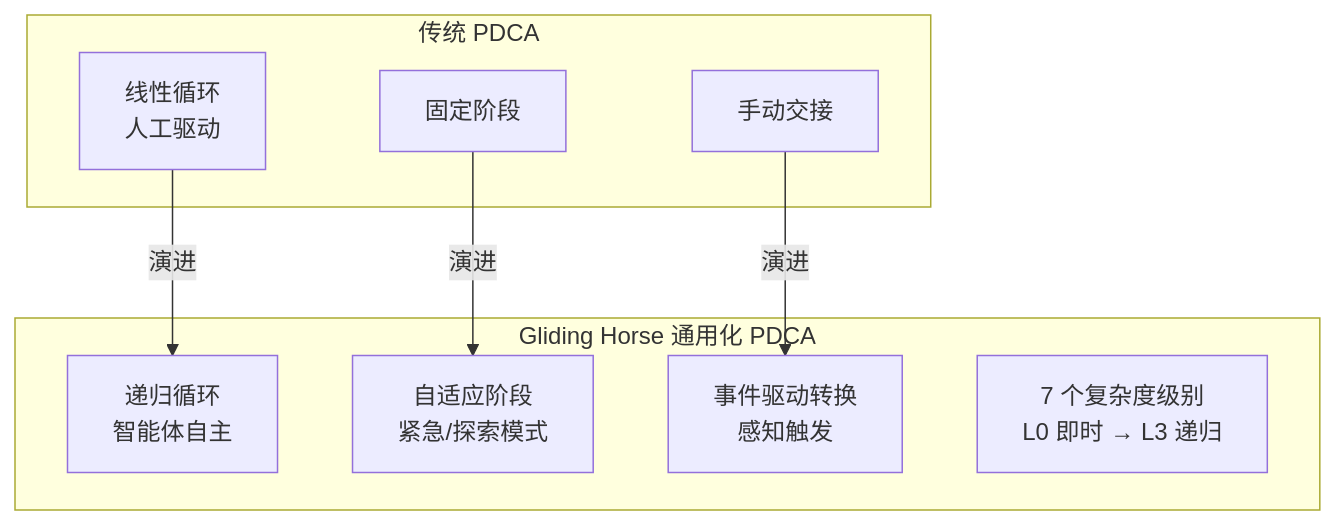
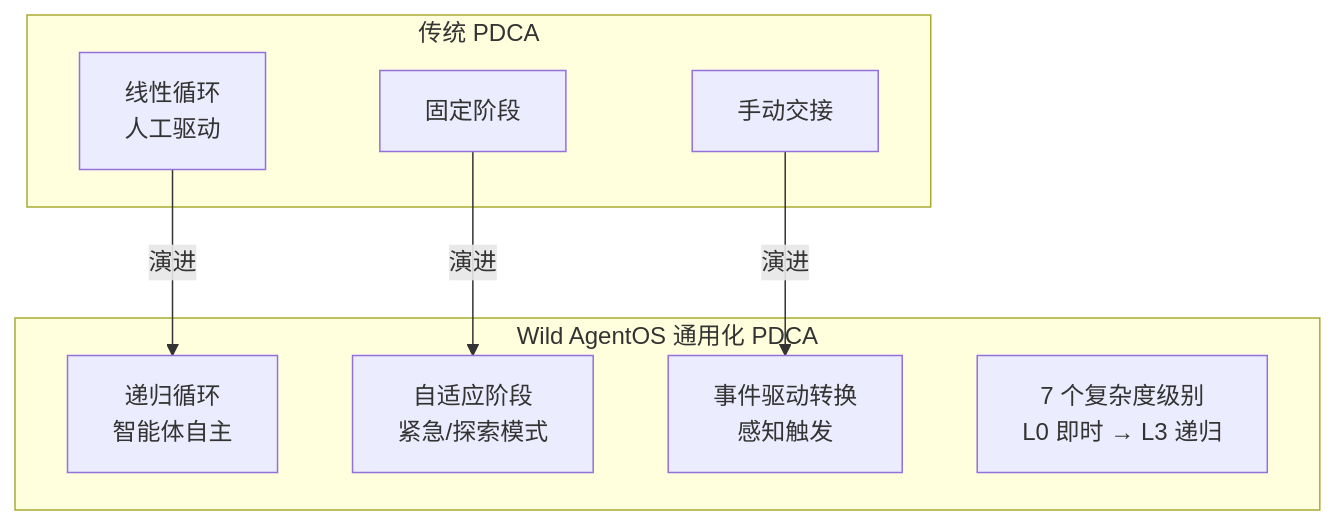
One commit to skaiy/Wild_AgentOS changed the first of 17 diagrams in docs/DESIGN_DETAIL.zh.md. Above: the diagram before and after it, drawn with Mermaid. The commit also changed other lines of this file and 8 other files, not shown here.

Commit message:
docs: update brand name to Wild AgentOS (如野智能体操作系统) in design detail documents

````diff
--- a/docs/DESIGN_DETAIL.zh.md
+++ b/docs/DESIGN_DETAIL.zh.md
@@ -13,19 +13,19 @@
 ```mermaid
 graph TB
     subgraph "传统 PDCA"
         T1["线性循环<br/>人工驱动"]
         T2["固定阶段"]
         T3["手动交接"]
     end
     
-    subgraph "Gliding Horse 通用化 PDCA"
+    subgraph "Wild AgentOS 通用化 PDCA"
         G1["递归循环<br/>智能体自主"]
         G2["自适应阶段<br/>紧急/探索模式"]
         G3["事件驱动转换<br/>感知触发"]
         G4["7 个复杂度级别<br/>L0 即时 → L3 递归"]
     end
     
     T1 -->|演进| G1
     T2 -->|演进| G2
     T3 -->|演进| G3
 ```
````
